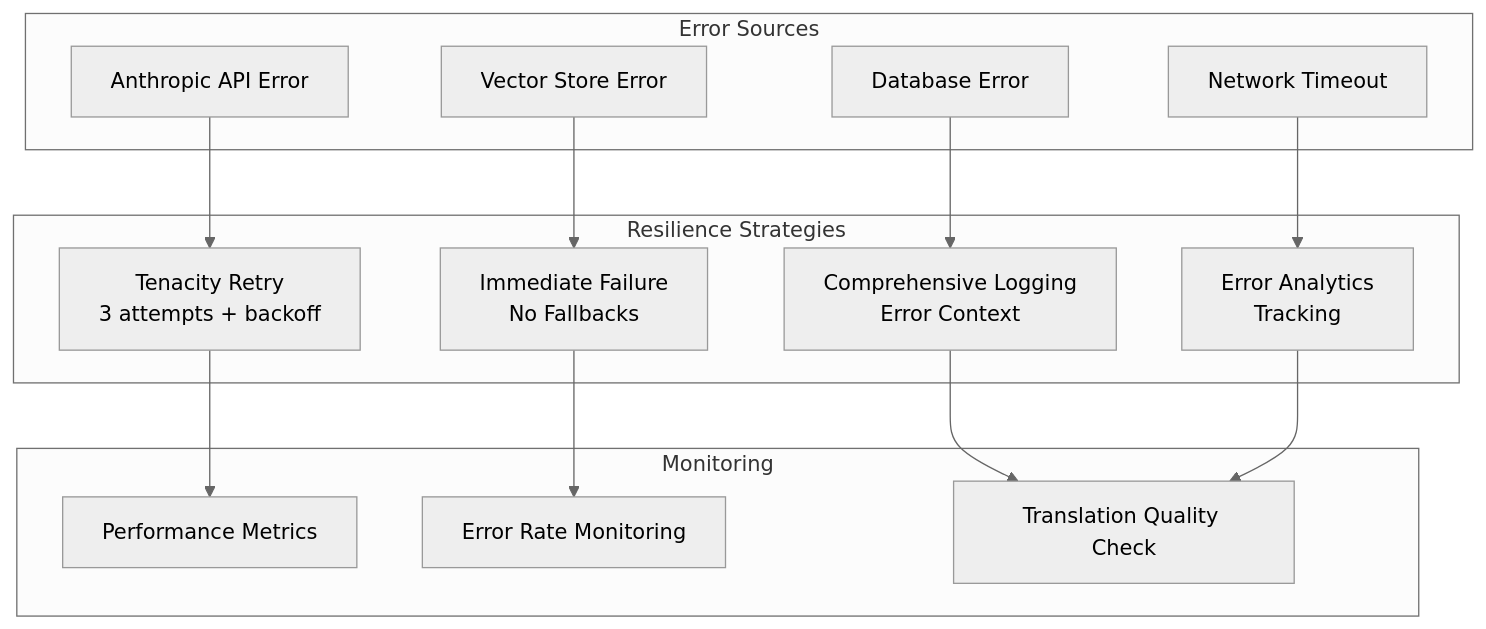
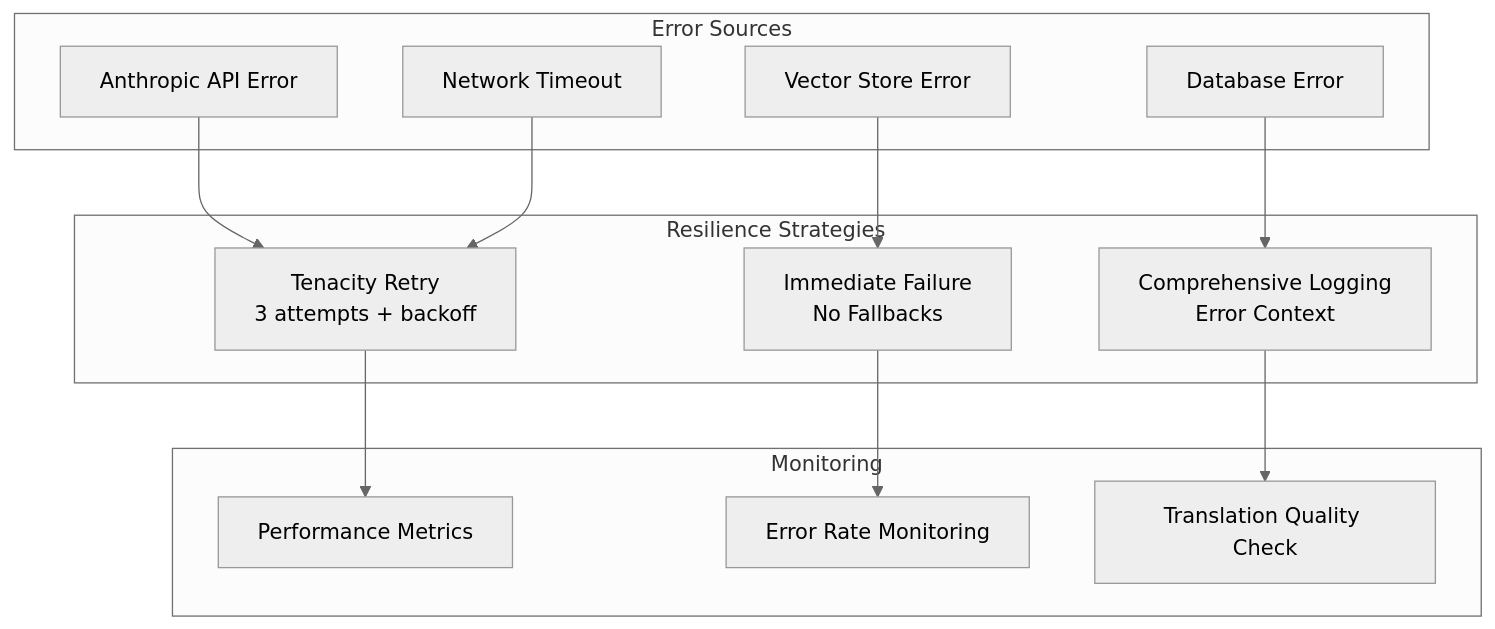
One commit to segalmax/telegram_zoomer changed the fourth of 5 diagrams in docs/AI-TRANSLATION.md. Above: the diagram before and after it, drawn with Mermaid (neutral theme). The commit also changed other lines of this file and 6 other files, not shown here.

````diff
--- a/docs/AI-TRANSLATION.md
+++ b/docs/AI-TRANSLATION.md
@@ -558,32 +147,30 @@
 ```mermaid
 graph TB
     subgraph "Error Sources"
         API_ERROR[Anthropic API Error]
         MEMORY_ERROR[Vector Store Error]
         DB_ERROR[Database Error]
         NETWORK_ERROR[Network Timeout]
     end
     
     subgraph "Resilience Strategies"
         RETRY[Tenacity Retry<br/>3 attempts + backoff]
         FAIL_FAST[Immediate Failure<br/>No Fallbacks]
         LOGGING[Comprehensive Logging<br/>Error Context]
-        ANALYTICS[Error Analytics<br/>Tracking]
     end
     
     subgraph "Monitoring"
         METRICS[Performance Metrics]
         ALERTS[Error Rate Monitoring]
         QUALITY[Translation Quality Check]
     end
     
     API_ERROR --> RETRY
     MEMORY_ERROR --> FAIL_FAST
     DB_ERROR --> LOGGING
-    NETWORK_ERROR --> ANALYTICS
+    NETWORK_ERROR --> RETRY
     
     RETRY --> METRICS
     FAIL_FAST --> ALERTS
     LOGGING --> QUALITY
-    ANALYTICS --> QUALITY
 ```
````
